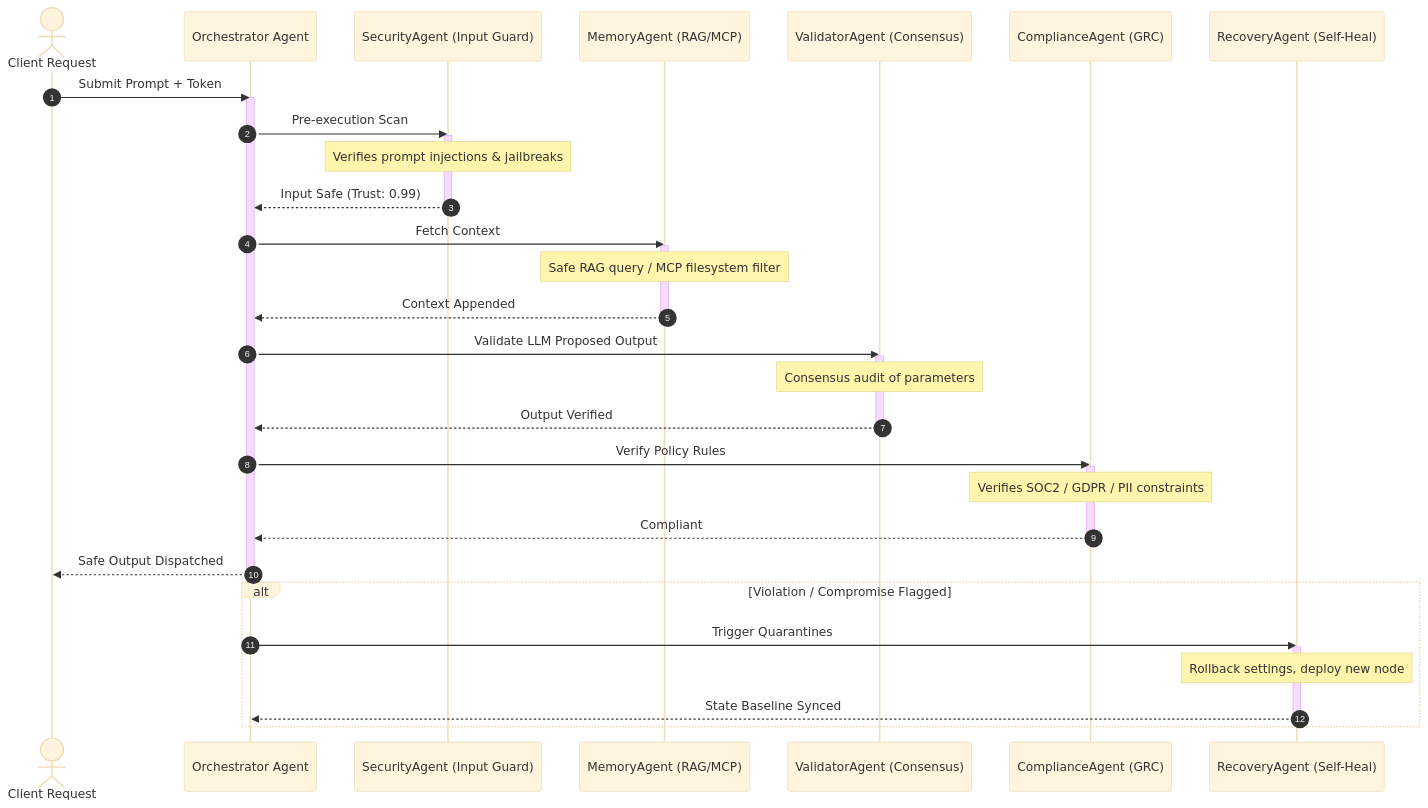
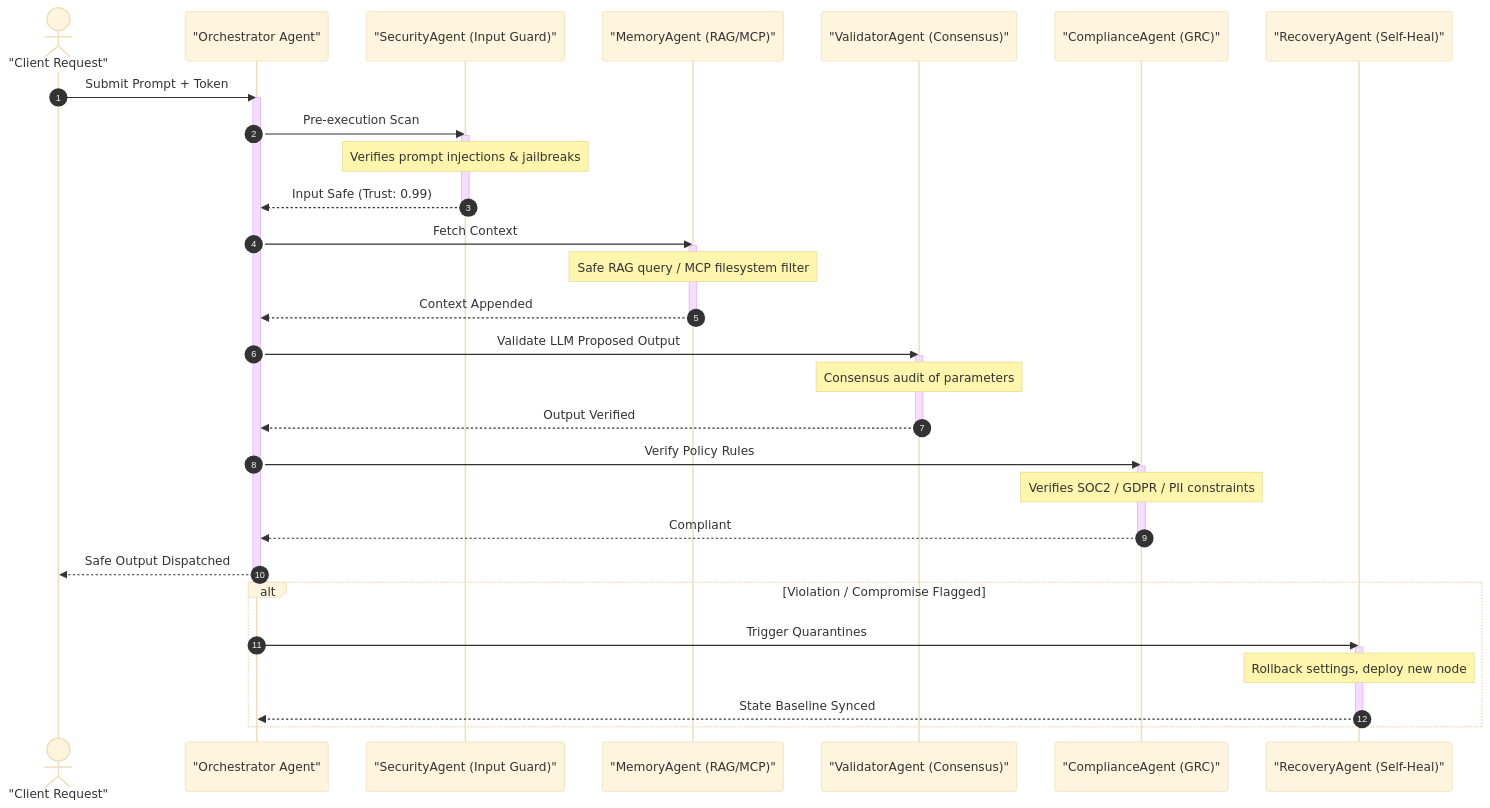
Before and after one commit to atharvrahate296/Sentinal-Swarm-AI: the diagram in README.md, drawn with Mermaid (base theme). The commit also changed other lines of this file and 23 other files, not shown here.

````diff
--- a/README.md
+++ b/README.md
@@ -114,48 +55,48 @@
 ```mermaid
 sequenceDiagram
     autonumber
-    actor Client as Client Request
-    participant Orchestrator as Orchestrator Agent
-    participant Security as SecurityAgent (Input Guard)
-    participant Memory as MemoryAgent (RAG/MCP)
-    participant Validator as ValidatorAgent (Consensus)
-    participant Compliance as ComplianceAgent (GRC)
-    participant Recovery as RecoveryAgent (Self-Heal)
+    actor Client as "Client Request"
+    participant Orchestrator as "Orchestrator Agent"
+    participant Security as "SecurityAgent (Input Guard)"
+    participant Memory as "MemoryAgent (RAG/MCP)"
+    participant Validator as "ValidatorAgent (Consensus)"
+    participant Compliance as "ComplianceAgent (GRC)"
+    participant Recovery as "RecoveryAgent (Self-Heal)"
 
     Client->>Orchestrator: Submit Prompt + Token
     activate Orchestrator
     Orchestrator->>Security: Pre-execution Scan
     activate Security
     Note over Security: Verifies prompt injections & jailbreaks
     Security-->>Orchestrator: Input Safe (Trust: 0.99)
     deactivate Security
 
     Orchestrator->>Memory: Fetch Context
     activate Memory
     Note over Memory: Safe RAG query / MCP filesystem filter
     Memory-->>Orchestrator: Context Appended
     deactivate Memory
 
     Orchestrator->>Validator: Validate LLM Proposed Output
     activate Validator
     Note over Validator: Consensus audit of parameters
     Validator-->>Orchestrator: Output Verified
     deactivate Validator
 
     Orchestrator->>Compliance: Verify Policy Rules
     activate Compliance
     Note over Compliance: Verifies SOC2 / GDPR / PII constraints
     Compliance-->>Orchestrator: Compliant
     deactivate Compliance
 
     Orchestrator-->>Client: Safe Output Dispatched
     deactivate Orchestrator
 
     alt Violation / Compromise Flagged
         Orchestrator->>Recovery: Trigger Quarantines
         activate Recovery
         Note over Recovery: Rollback settings, deploy new node
         Recovery-->>Orchestrator: State Baseline Synced
         deactivate Recovery
     end
 ```
````
